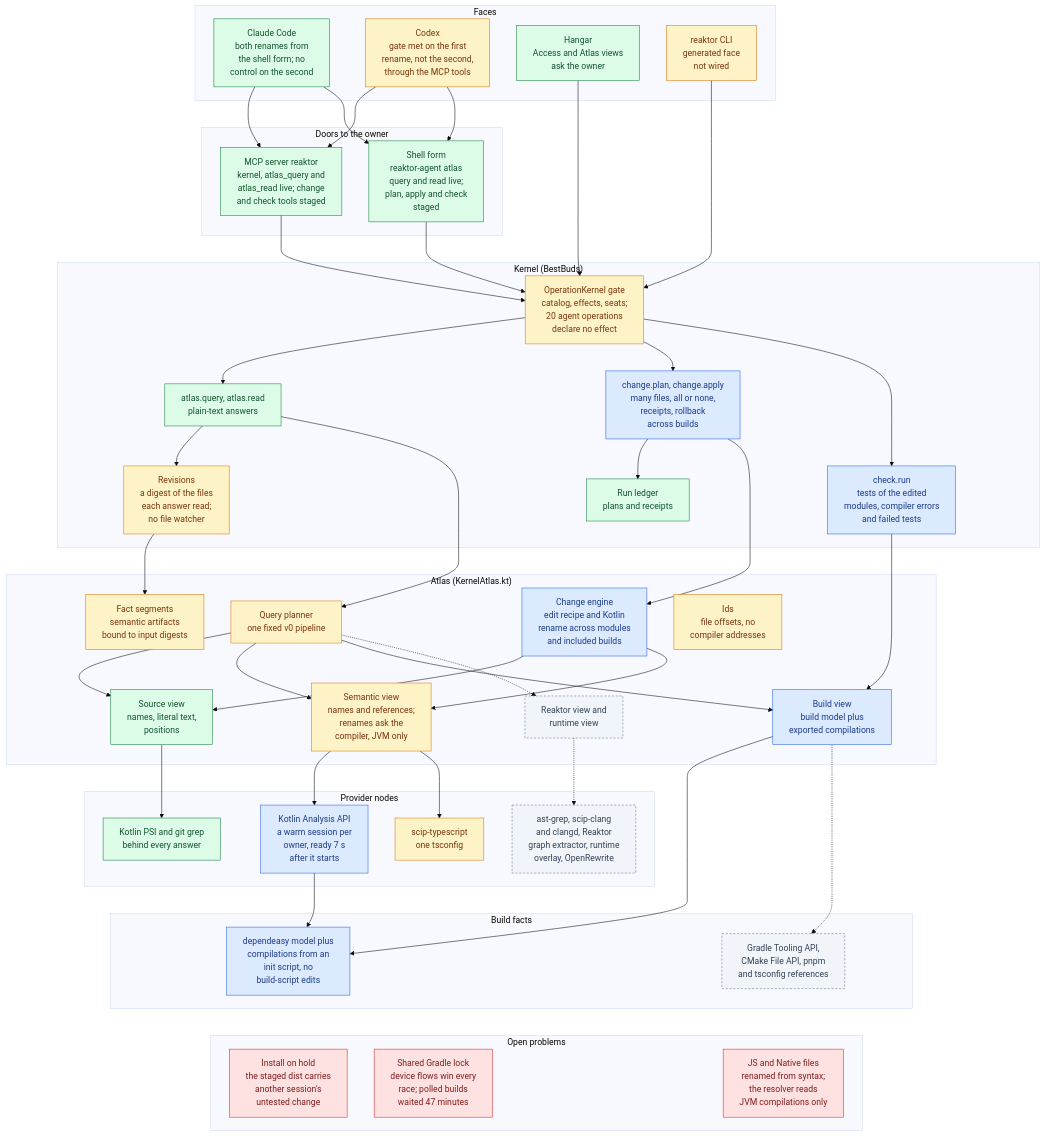
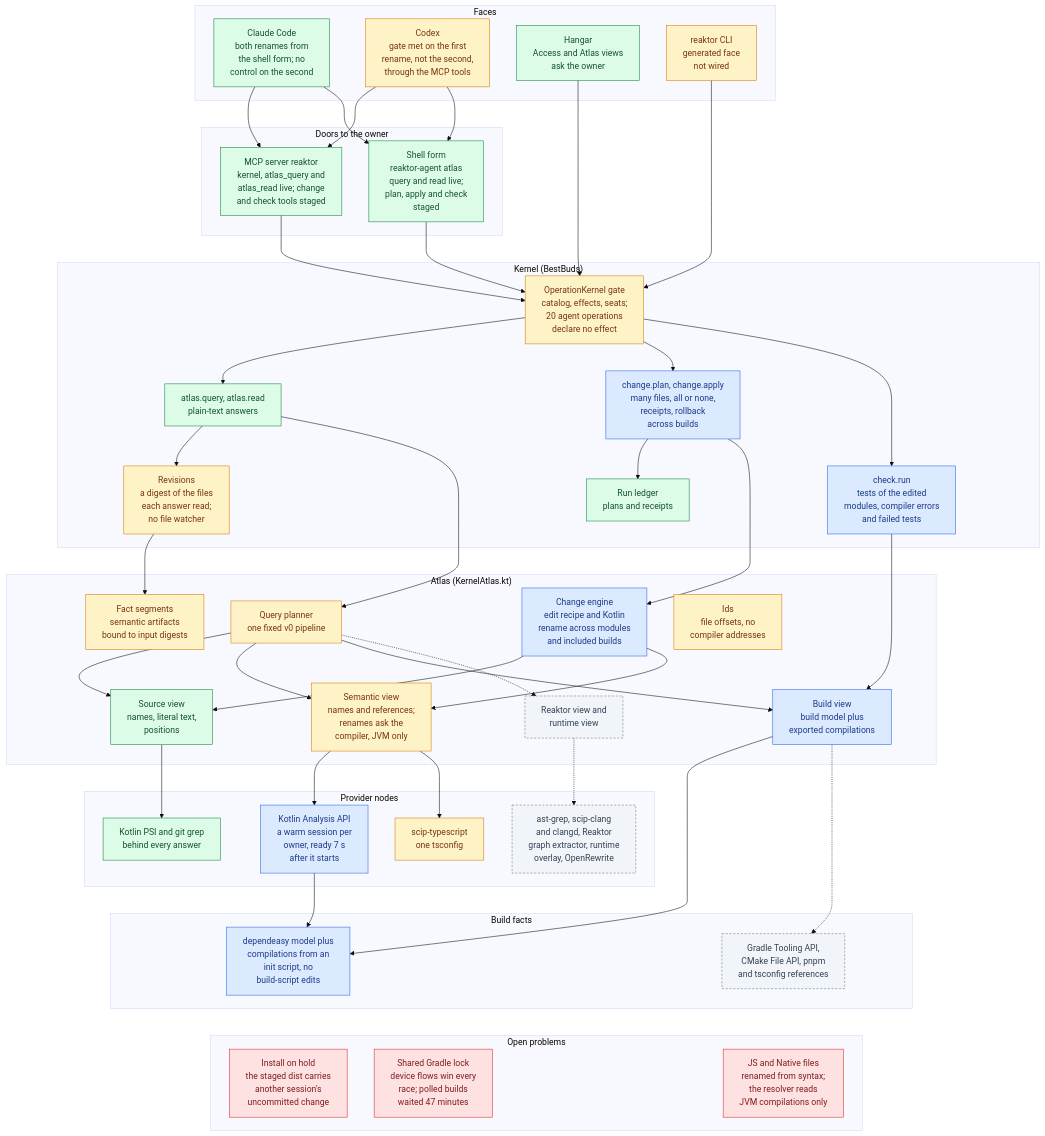
Before and after one commit to shibasis0801/reaktor: the first of 5 diagrams in plans/atlas-hld.md, drawn with Mermaid (base theme).

Commit message:
Call the staged dist's extra change uncommitted, not untested
The Hangar session's conductor change in the staged dist (IncludedBuilds)
passes the conductor workspace tests: 95 run, none failed. It is still
uncommitted, which is why the install waits.

```diff
--- a/plans/atlas-hld.md
+++ b/plans/atlas-hld.md
@@ -59,7 +59,7 @@
         laterBuild["Gradle Tooling API,<br/>CMake File API, pnpm<br/>and tsconfig references"]
     end
     subgraph problems["Open problems"]
-        p1["Install on hold<br/>the staged dist carries<br/>another session's<br/>untested change"]
+        p1["Install on hold<br/>the staged dist carries<br/>another session's<br/>uncommitted change"]
         p2["Shared Gradle lock<br/>device flows win every<br/>race; polled builds<br/>waited 47 minutes"]
         p3["JS and Native files<br/>renamed from syntax;<br/>the resolver reads<br/>JVM compilations only"]
     end
```
